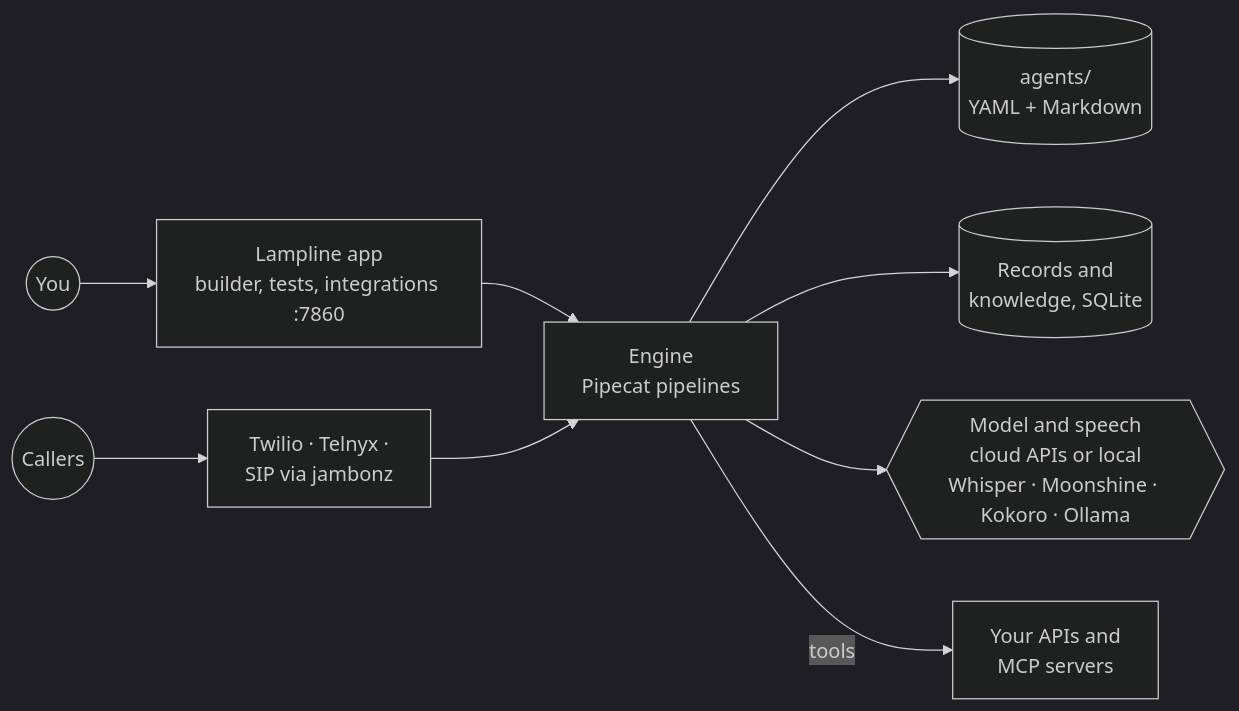
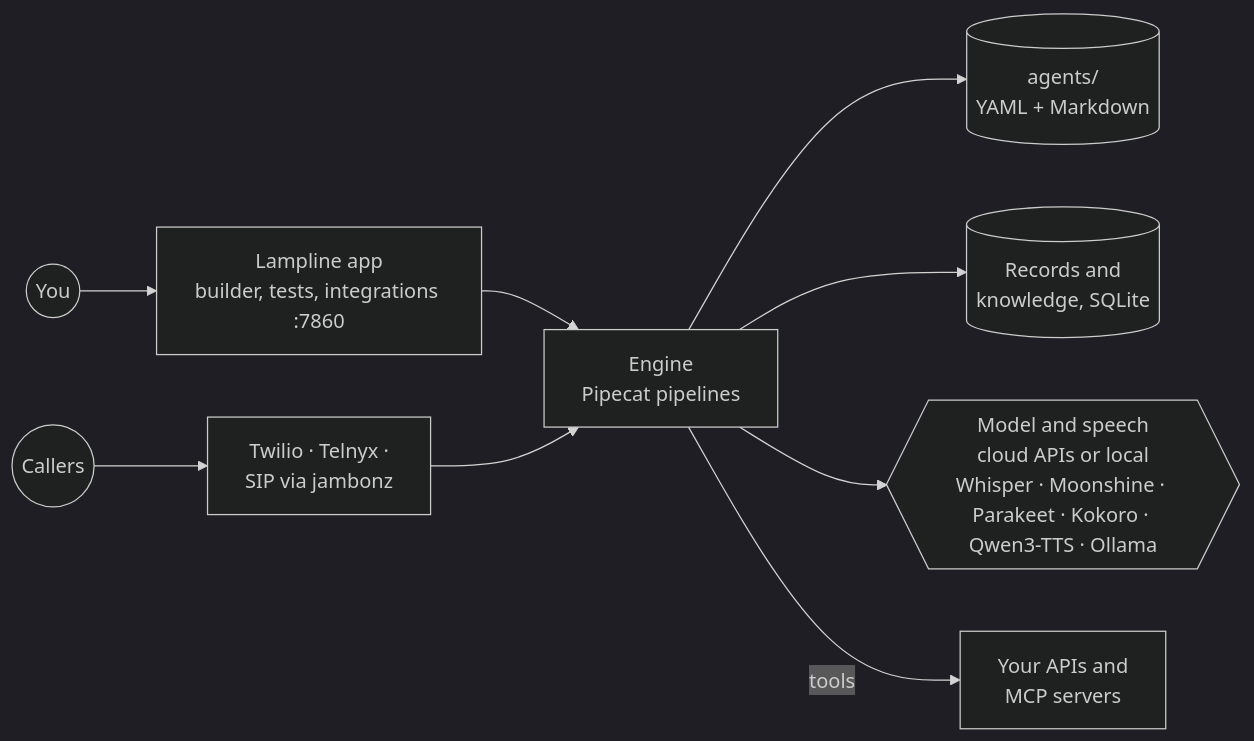
One commit to C4rohan/Lampline changed the diagram in README.md. Above: the diagram before and after it, drawn with Mermaid (dark theme). The commit also changed 20 other files, not shown here.

First line of the commit message:
Parakeet speech to text on this computer, and Qwen3-TTS from your GPU server

````diff
--- a/README.md
+++ b/README.md
@@ -215,11 +215,11 @@
 ```mermaid
 flowchart LR
   you((You)) --> app[Lampline app<br/>builder, tests, integrations :7860]
   app --> engine[Engine<br/>Pipecat pipelines]
   phone((Callers)) --> carriers[Twilio · Telnyx ·<br/>SIP via jambonz]
   carriers --> engine
   engine --> agents[(agents/<br/>YAML + Markdown)]
   engine --> data[(Records and<br/>knowledge, SQLite)]
-  engine --> models{{Model and speech<br/>cloud APIs or local<br/>Whisper · Moonshine · Kokoro · Ollama}}
+  engine --> models{{Model and speech<br/>cloud APIs or local<br/>Whisper · Moonshine · Parakeet · Kokoro · Qwen3-TTS · Ollama}}
   engine -- tools --> hooks[Your APIs and<br/>MCP servers]
 ```
````
